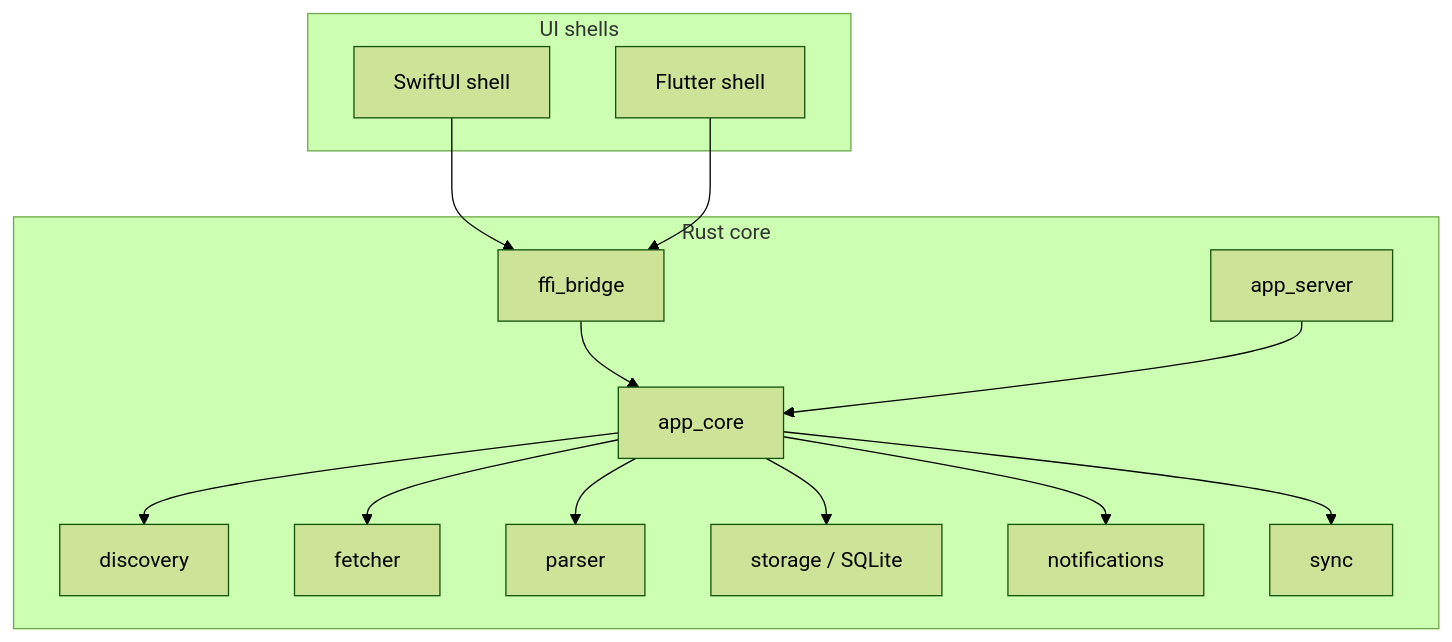
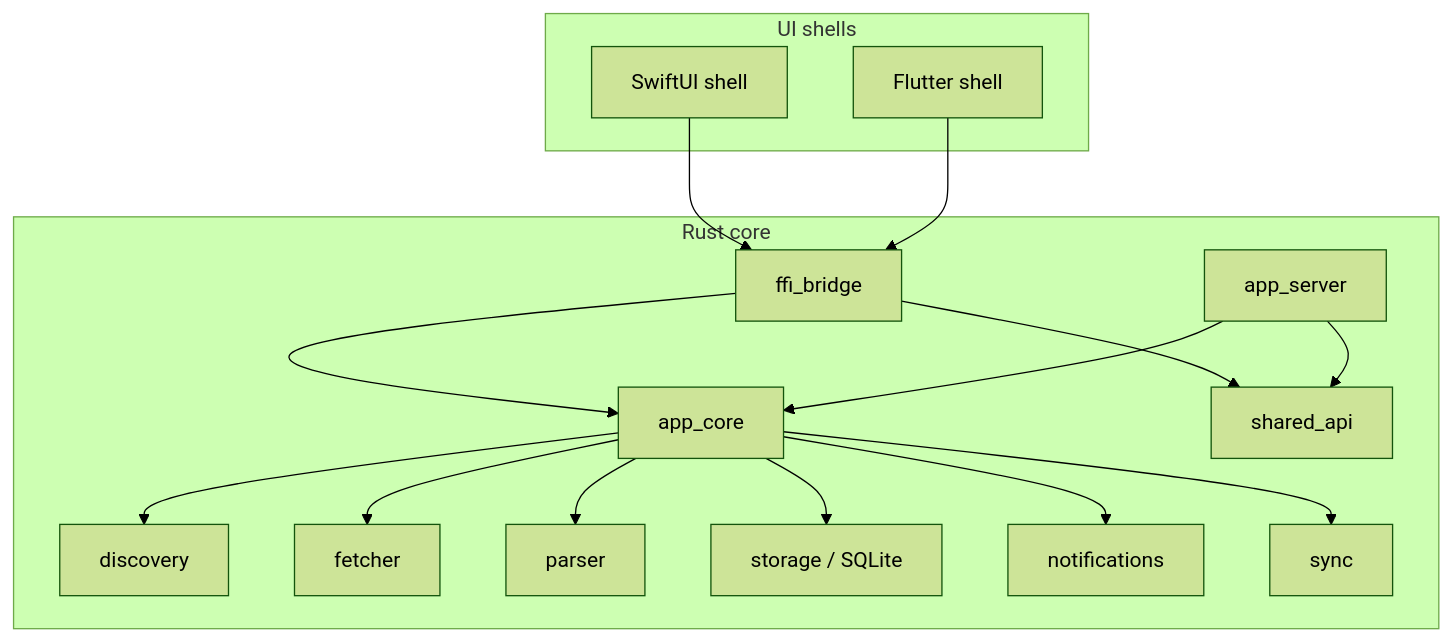
The diagram in docs/architecture.md (MengyangGao/infoMatrix), drawn with Mermaid (forest theme) before and after one commit. The commit also changed other lines of this file and 70 other files, not shown here.

````diff
--- a/docs/architecture.md
+++ b/docs/architecture.md
@@ -41,30 +41,33 @@
 ```mermaid
 flowchart TB
   subgraph Shells["UI shells"]
     Apple["SwiftUI shell"]
     Flutter["Flutter shell"]
   end
 
   subgraph Rust["Rust core"]
     FFI["ffi_bridge"]
     Core["app_core"]
+    Shared["shared_api"]
     Discovery["discovery"]
     Fetcher["fetcher"]
     Parser["parser"]
     Storage["storage / SQLite"]
     Notifications["notifications"]
     Sync["sync"]
     Server["app_server"]
   end
 
   Apple --> FFI
   Flutter --> FFI
   FFI --> Core
+  FFI --> Shared
+  Server --> Core
+  Server --> Shared
   Core --> Discovery
   Core --> Fetcher
   Core --> Parser
   Core --> Storage
   Core --> Notifications
   Core --> Sync
-  Server --> Core
 ```
````
